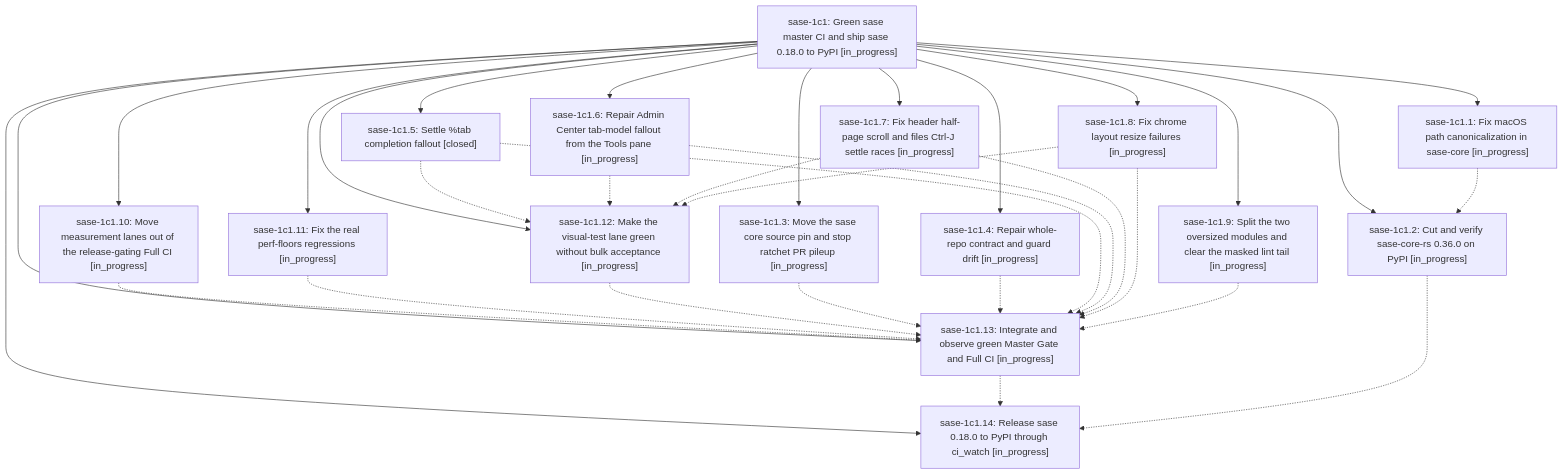
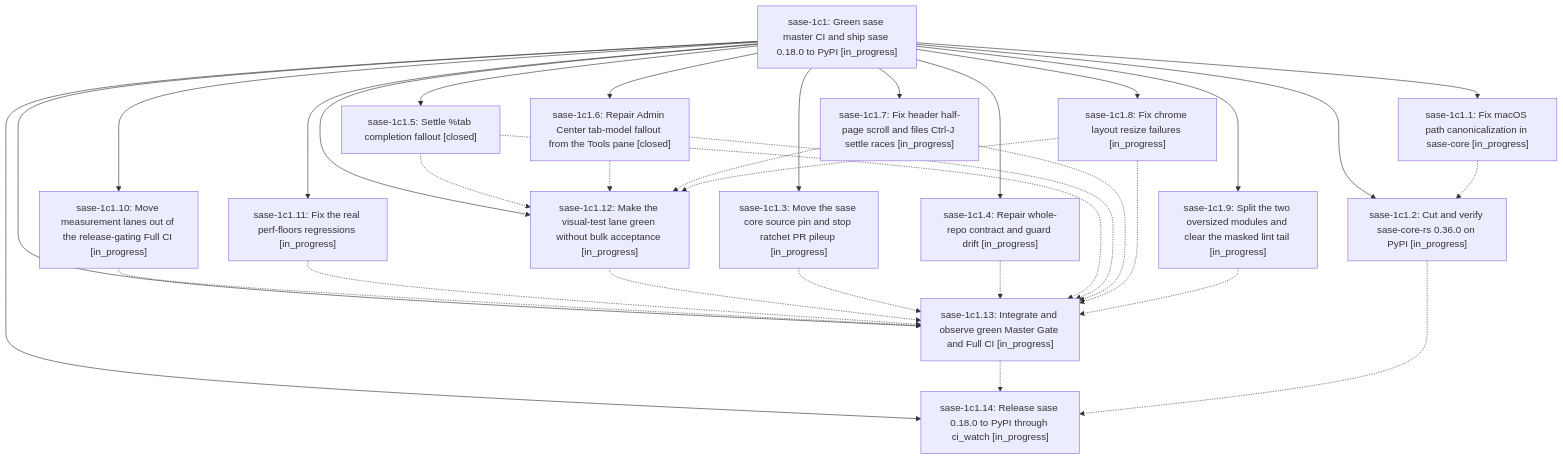
The diagram in pages/sase-1c1/README.md (sase-org/sase--beads), drawn with Mermaid before and after one commit. The commit also changed other lines of this file and 8 other files, not shown here.

````diff
--- a/pages/sase-1c1/README.md
+++ b/pages/sase-1c1/README.md
@@ -35,49 +47,49 @@
 ```mermaid
 flowchart TD
     n0["sase-1c1: Green sase master CI and ship sase 0.18.0 to PyPI [in_progress]"]
     n1["sase-1c1.1: Fix macOS path canonicalization in sase-core [in_progress]"]
     n2["sase-1c1.10: Move measurement lanes out of the release-gating Full CI [in_progress]"]
     n3["sase-1c1.11: Fix the real perf-floors regressions [in_progress]"]
     n4["sase-1c1.12: Make the visual-test lane green without bulk acceptance [in_progress]"]
     n5["sase-1c1.13: Integrate and observe green Master Gate and Full CI [in_progress]"]
     n6["sase-1c1.14: Release sase 0.18.0 to PyPI through ci_watch [in_progress]"]
     n7["sase-1c1.2: Cut and verify sase-core-rs 0.36.0 on PyPI [in_progress]"]
     n8["sase-1c1.3: Move the sase core source pin and stop ratchet PR pileup [in_progress]"]
     n9["sase-1c1.4: Repair whole-repo contract and guard drift [in_progress]"]
     n10["sase-1c1.5: Settle %tab completion fallout [closed]"]
-    n11["sase-1c1.6: Repair Admin Center tab-model fallout from the Tools pane [in_progress]"]
+    n11["sase-1c1.6: Repair Admin Center tab-model fallout from the Tools pane [closed]"]
     n12["sase-1c1.7: Fix header half-page scroll and files Ctrl-J settle races [in_progress]"]
     n13["sase-1c1.8: Fix chrome layout resize failures [in_progress]"]
     n14["sase-1c1.9: Split the two oversized modules and clear the masked lint tail [in_progress]"]
     n0 --> n1
     n0 --> n2
     n0 --> n3
     n0 --> n4
     n0 --> n5
     n0 --> n6
     n0 --> n7
     n0 --> n8
     n0 --> n9
     n0 --> n10
     n0 --> n11
     n0 --> n12
     n0 --> n13
     n0 --> n14
     n1 -.-> n7
     n2 -.-> n5
     n3 -.-> n5
     n4 -.-> n5
     n5 -.-> n6
     n7 -.-> n6
     n8 -.-> n5
     n9 -.-> n5
     n10 -.-> n4
     n10 -.-> n5
     n11 -.-> n4
     n11 -.-> n5
     n12 -.-> n4
     n12 -.-> n5
     n13 -.-> n4
     n13 -.-> n5
     n14 -.-> n5
 ```
````
